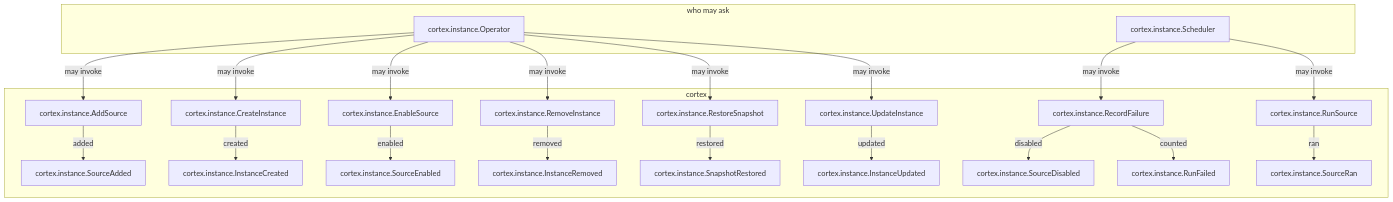
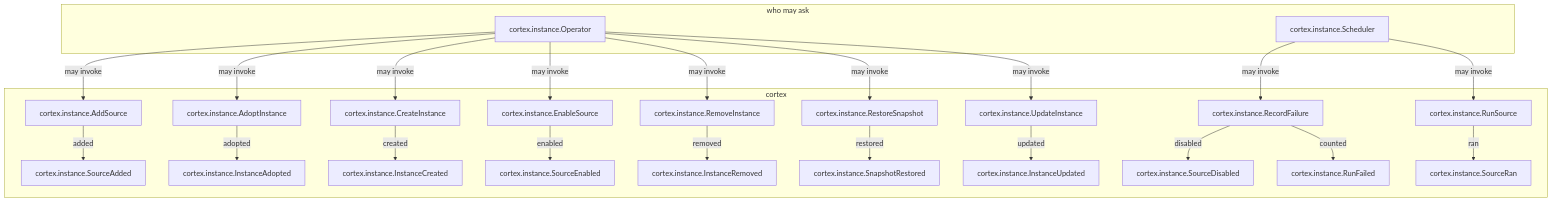
Before and after one commit to beyond10x/cortex: the diagram in generated/docs/docs/index.md, drawn with Mermaid. The commit also changed other lines of this file and 129 other files, not shown here.

First line of the commit message:
adopt: an existing EKR store becomes an instance without reseeding

````diff
--- a/generated/docs/docs/index.md
+++ b/generated/docs/docs/index.md
@@ -14,43 +14,47 @@
 ```mermaid
 flowchart TB
     subgraph who["who may ask"]
         who0["cortex.instance.Operator"]
         who1["cortex.instance.Scheduler"]
     end
     subgraph unit0["cortex"]
         cmd0["cortex.instance.AddSource"]
-        cmd1["cortex.instance.CreateInstance"]
-        cmd2["cortex.instance.EnableSource"]
-        cmd3["cortex.instance.RecordFailure"]
-        cmd4["cortex.instance.RemoveInstance"]
-        cmd5["cortex.instance.RestoreSnapshot"]
-        cmd6["cortex.instance.RunSource"]
-        cmd7["cortex.instance.UpdateInstance"]
-        evt0["cortex.instance.InstanceCreated"]
-        evt1["cortex.instance.InstanceRemoved"]
-        evt2["cortex.instance.InstanceUpdated"]
-        evt3["cortex.instance.RunFailed"]
-        evt4["cortex.instance.SnapshotRestored"]
-        evt5["cortex.instance.SourceAdded"]
-        evt6["cortex.instance.SourceDisabled"]
-        evt7["cortex.instance.SourceEnabled"]
-        evt8["cortex.instance.SourceRan"]
+        cmd1["cortex.instance.AdoptInstance"]
+        cmd2["cortex.instance.CreateInstance"]
+        cmd3["cortex.instance.EnableSource"]
+        cmd4["cortex.instance.RecordFailure"]
+        cmd5["cortex.instance.RemoveInstance"]
+        cmd6["cortex.instance.RestoreSnapshot"]
+        cmd7["cortex.instance.RunSource"]
+        cmd8["cortex.instance.UpdateInstance"]
+        evt0["cortex.instance.InstanceAdopted"]
+        evt1["cortex.instance.InstanceCreated"]
+        evt2["cortex.instance.InstanceRemoved"]
+        evt3["cortex.instance.InstanceUpdated"]
+        evt4["cortex.instance.RunFailed"]
+        evt5["cortex.instance.SnapshotRestored"]
+        evt6["cortex.instance.SourceAdded"]
+        evt7["cortex.instance.SourceDisabled"]
+        evt8["cortex.instance.SourceEnabled"]
+        evt9["cortex.instance.SourceRan"]
     end
     who0 -->|"may invoke"| cmd0
     who0 -->|"may invoke"| cmd1
     who0 -->|"may invoke"| cmd2
-    who0 -->|"may invoke"| cmd4
+    who0 -->|"may invoke"| cmd3
     who0 -->|"may invoke"| cmd5
-    who0 -->|"may invoke"| cmd7
-    who1 -->|"may invoke"| cmd3
-    who1 -->|"may invoke"| cmd6
-    cmd0 -->|"added"| evt5
-    cmd1 -->|"created"| evt0
-    cmd2 -->|"enabled"| evt7
-    cmd3 -->|"disabled"| evt6
-    cmd3 -->|"counted"| evt3
-    cmd4 -->|"removed"| evt1
-    cmd5 -->|"restored"| evt4
-    cmd6 -->|"ran"| evt8
-    cmd7 -->|"updated"| evt2
+    who0 -->|"may invoke"| cmd6
+    who0 -->|"may invoke"| cmd8
+    who1 -->|"may invoke"| cmd4
+    who1 -->|"may invoke"| cmd7
+    cmd0 -->|"added"| evt6
+    cmd1 -->|"adopted"| evt0
+    cmd2 -->|"created"| evt1
+    cmd3 -->|"enabled"| evt8
+    cmd4 -->|"disabled"| evt7
+    cmd4 -->|"counted"| evt4
+    cmd5 -->|"removed"| evt2
+    cmd6 -->|"restored"| evt5
+    cmd7 -->|"ran"| evt9
+    cmd8 -->|"updated"| evt3
 ```
````
